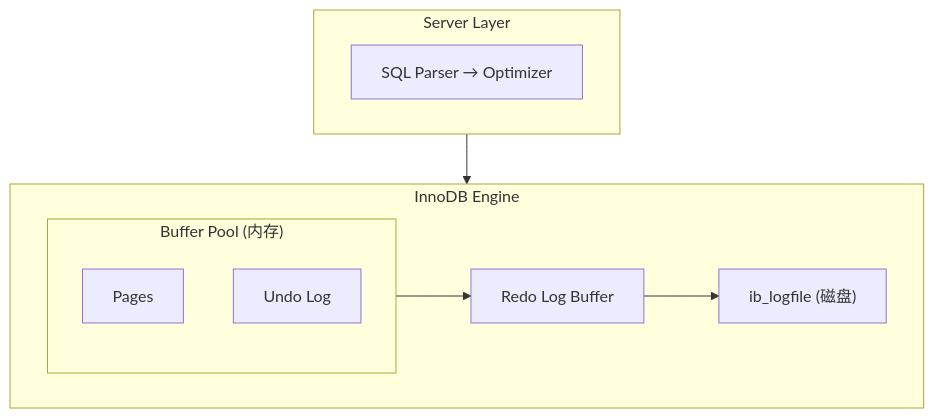
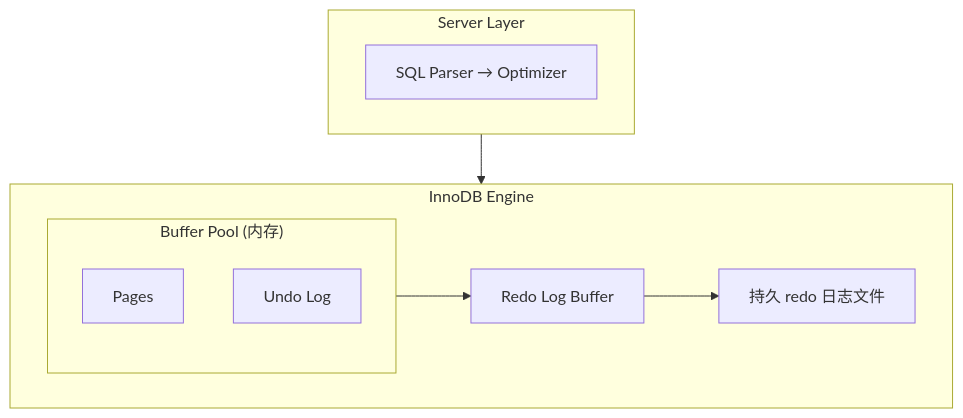
Before and after one commit to BryantChang1992/ai_wikis: the tenth of 15 diagrams in 知识库/wiki/事务模型深度调研.md, drawn with Mermaid. The commit also changed other lines of this file and 205 other files, not shown here.

Commit message:
Review knowledge evidence, deepen paper notes, and standardize Mermaid diagrams

````diff
--- a/知识库/wiki/事务模型深度调研.md
+++ b/知识库/wiki/事务模型深度调研.md
@@ -640,15 +535,15 @@
 ```mermaid
 flowchart TB
     subgraph SL["Server Layer"]
         SP["SQL Parser → Optimizer"]
     end
     SL --> IE
     subgraph IE["InnoDB Engine"]
         subgraph BP["Buffer Pool (内存)"]
             PG["Pages"]
             UL["Undo Log"]
         end
         BP --> RLB["Redo Log Buffer"]
-        RLB --> ILF["ib_logfile (磁盘)"]
+        RLB --> ILF["持久 redo 日志文件"]
     end
 ```
````
